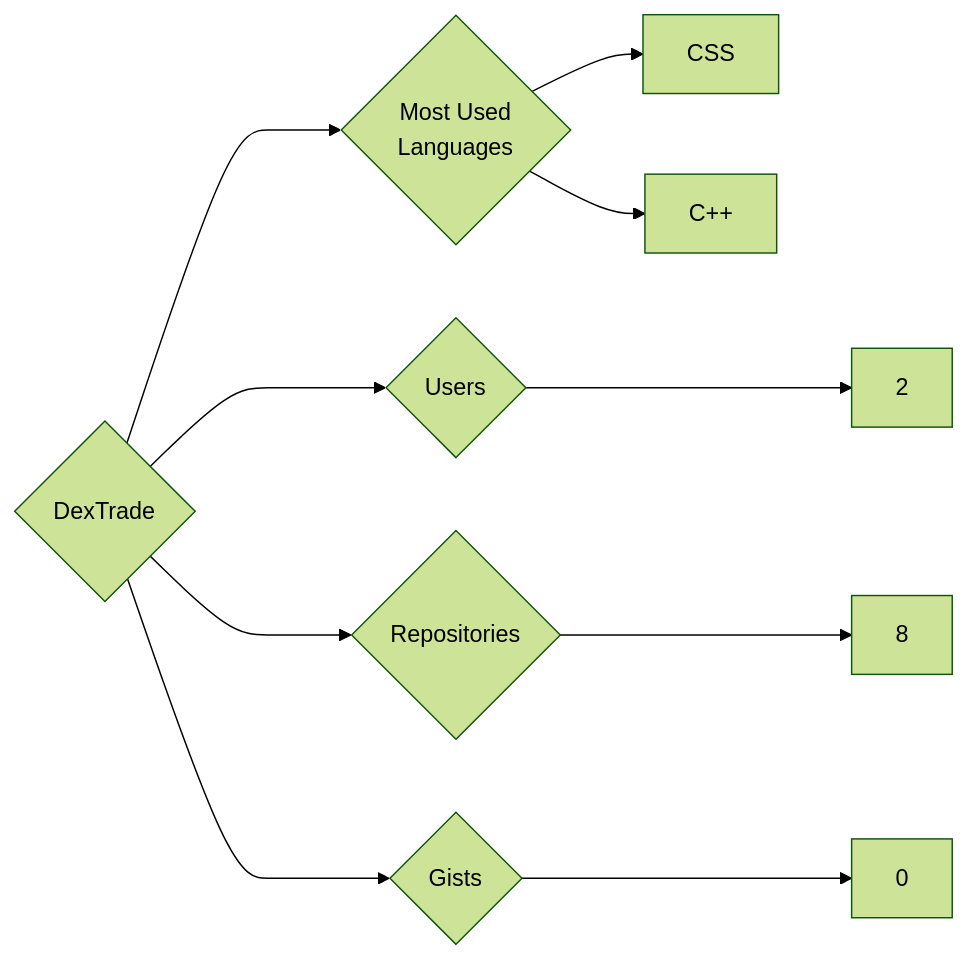
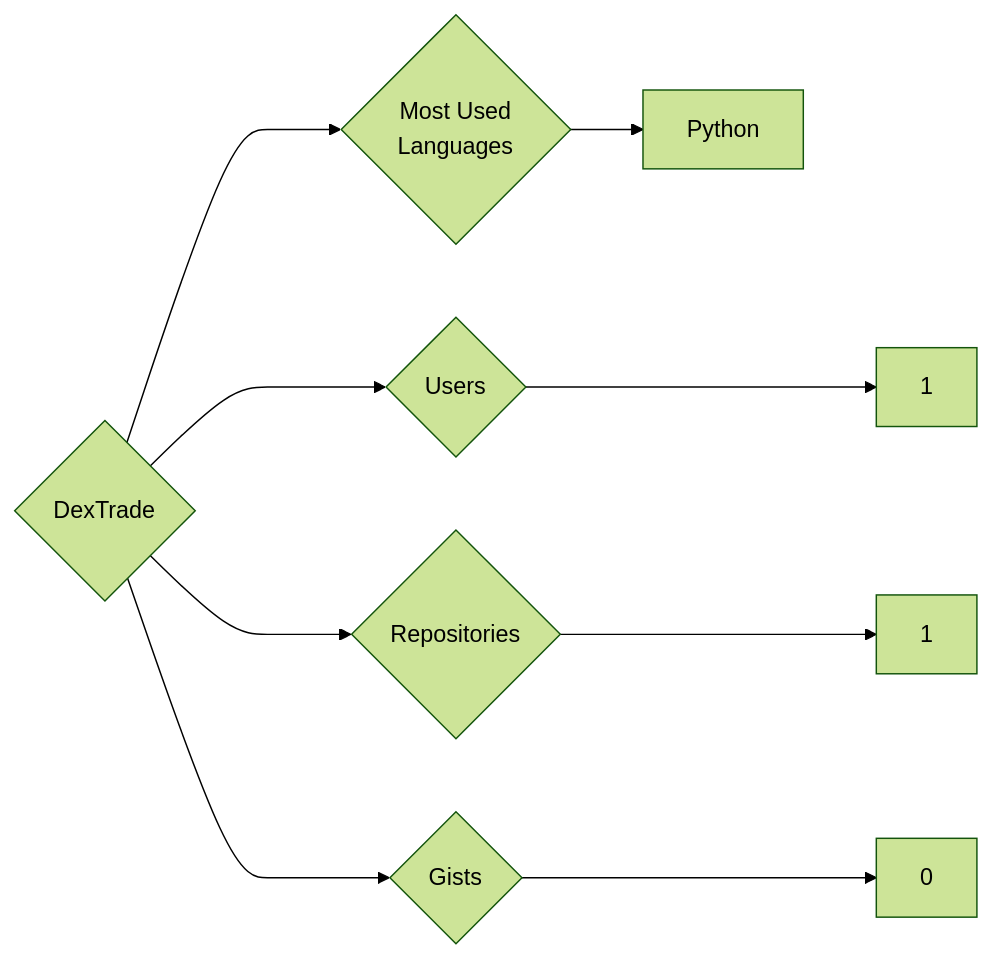
The diagram in targets/DexTrade/README.md (trickest/insiders), drawn with Mermaid (forest theme) before and after one commit. The commit also changed 1166 other files, not shown here.

````diff
--- a/targets/DexTrade/README.md
+++ b/targets/DexTrade/README.md
@@ -3,10 +3,9 @@
 ```mermaid
 graph LR
 COMPANY_NAME{DexTrade}
-COMPANY_NAME ---> U{Users} ---> UN[2]
-COMPANY_NAME ---> R{Repositories} ---> RN[8]
+COMPANY_NAME ---> U{Users} ---> UN[1]
+COMPANY_NAME ---> R{Repositories} ---> RN[1]
 COMPANY_NAME ---> G{Gists} ---> GN[0]
 COMPANY_NAME ---> ML{Most Used<br>Languages}
-ML --> CSS[CSS]
-ML --> C++[C++]
+ML --> Python[Python]
 ```
````
